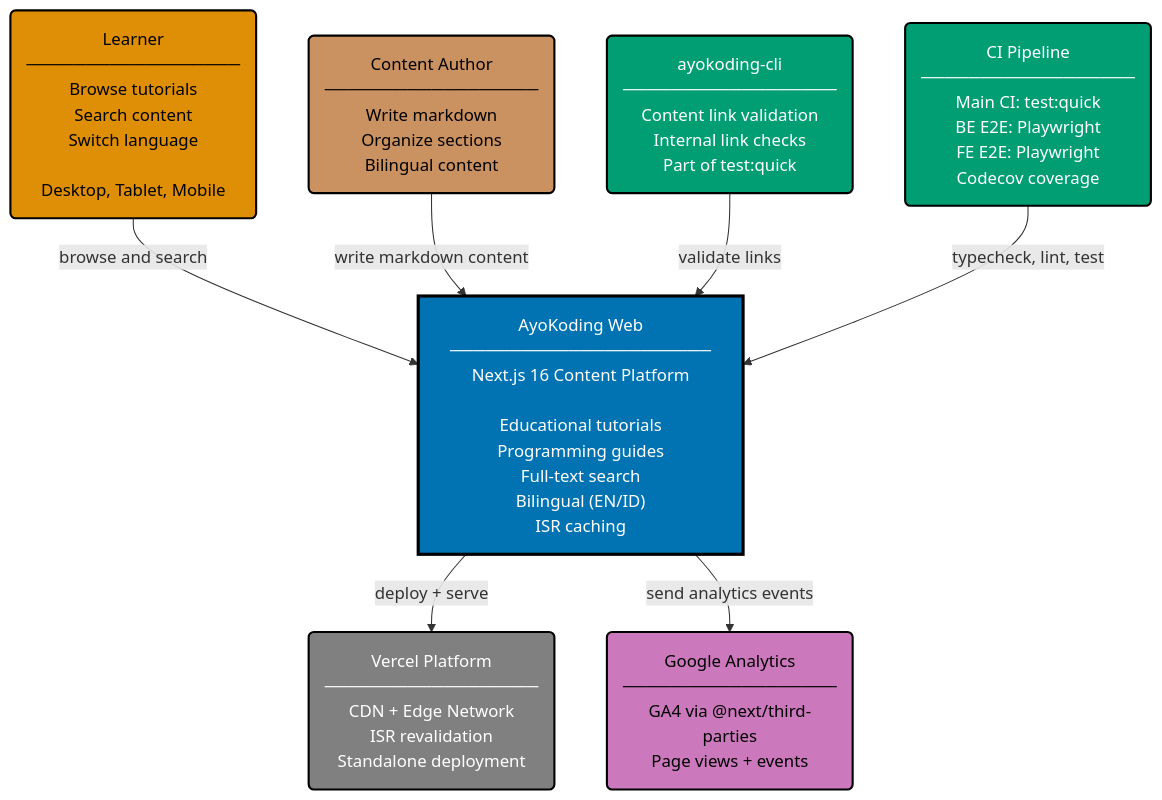
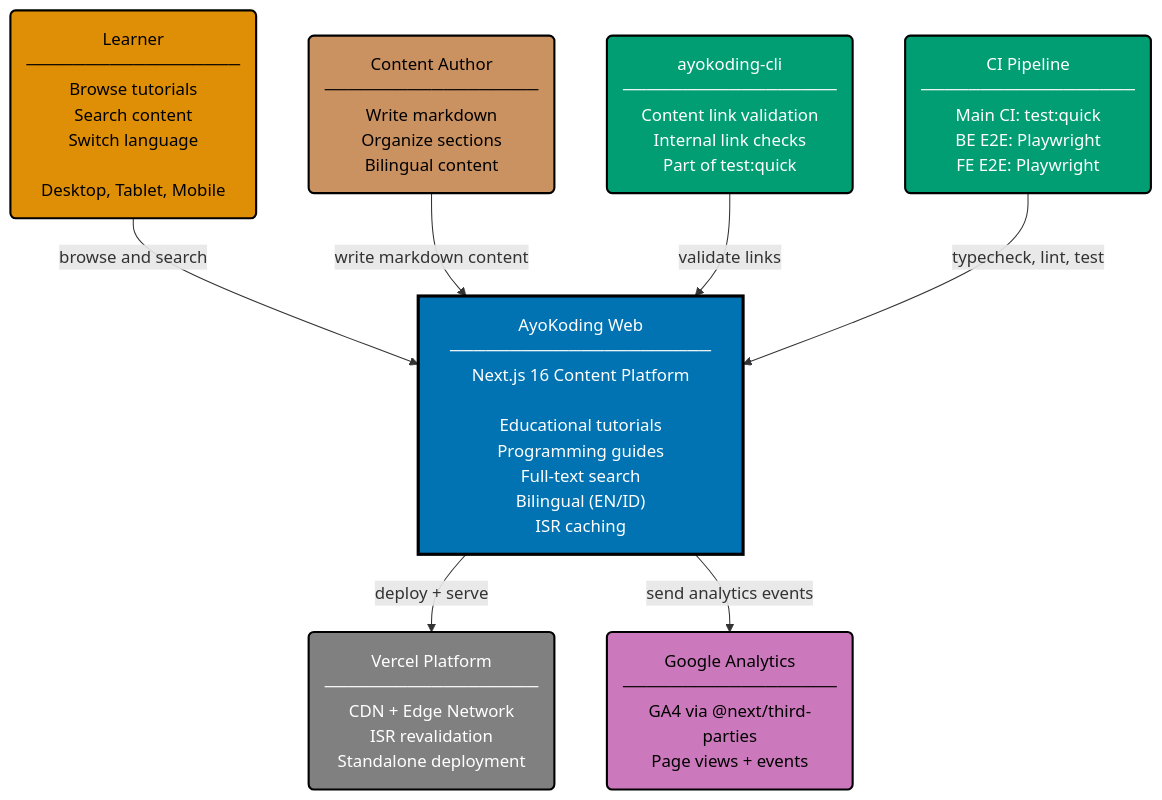
The diagram in specs/apps/ayokoding/c4/context.md (wahidyankf/open-sharia-enterprise), drawn with Mermaid before and after one commit. The commit also changed 5 other files, not shown here.

First line of the commit message:
chore(specs): remove codecov labels from C4 diagrams

````diff
--- a/specs/apps/ayokoding/c4/context.md
+++ b/specs/apps/ayokoding/c4/context.md
@@ -7,31 +7,31 @@
 ```mermaid
 %% Color Palette: Blue #0173B2 | Orange #DE8F05 | Teal #029E73 | Purple #CC78BC | Brown #CA9161 | Gray #808080
 graph TD
     LEARNER("Learner<br/>──────────────────<br/>Browse tutorials<br/>Search content<br/>Switch language<br/><br/>Desktop, Tablet, Mobile"):::actor
 
     AUTHOR("Content Author<br/>──────────────────<br/>Write markdown<br/>Organize sections<br/>Bilingual content"):::actor_author
 
     SYSTEM["AyoKoding Web<br/>──────────────────────<br/>Next.js 16 Content Platform<br/><br/>Educational tutorials<br/>Programming guides<br/>Full-text search<br/>Bilingual (EN/ID)<br/>ISR caching"]:::system
 
     CLI("ayokoding-cli<br/>──────────────────<br/>Content link validation<br/>Internal link checks<br/>Part of test:quick"):::ci
 
-    CI("CI Pipeline<br/>──────────────────<br/>Main CI: test:quick<br/>BE E2E: Playwright<br/>FE E2E: Playwright<br/>Codecov coverage"):::ci
+    CI("CI Pipeline<br/>──────────────────<br/>Main CI: test:quick<br/>BE E2E: Playwright<br/>FE E2E: Playwright"):::ci
 
     VERCEL("Vercel Platform<br/>──────────────────<br/>CDN + Edge Network<br/>ISR revalidation<br/>Standalone deployment"):::infra
 
     GA4("Google Analytics<br/>──────────────────<br/>GA4 via @next/third-parties<br/>Page views + events"):::external
 
     LEARNER -->|"browse and search"| SYSTEM
     AUTHOR -->|"write markdown content"| SYSTEM
     CLI -->|"validate links"| SYSTEM
     CI -->|"typecheck, lint, test"| SYSTEM
     SYSTEM -->|"deploy + serve"| VERCEL
     SYSTEM -->|"send analytics events"| GA4
 
     classDef actor fill:#DE8F05,stroke:#000000,color:#000000,stroke-width:2px
     classDef actor_author fill:#CA9161,stroke:#000000,color:#000000,stroke-width:2px
     classDef system fill:#0173B2,stroke:#000000,color:#FFFFFF,stroke-width:3px
     classDef ci fill:#029E73,stroke:#000000,color:#FFFFFF,stroke-width:2px
     classDef infra fill:#808080,stroke:#000000,color:#FFFFFF,stroke-width:2px
     classDef external fill:#CC78BC,stroke:#000000,color:#000000,stroke-width:2px
 ```
````
